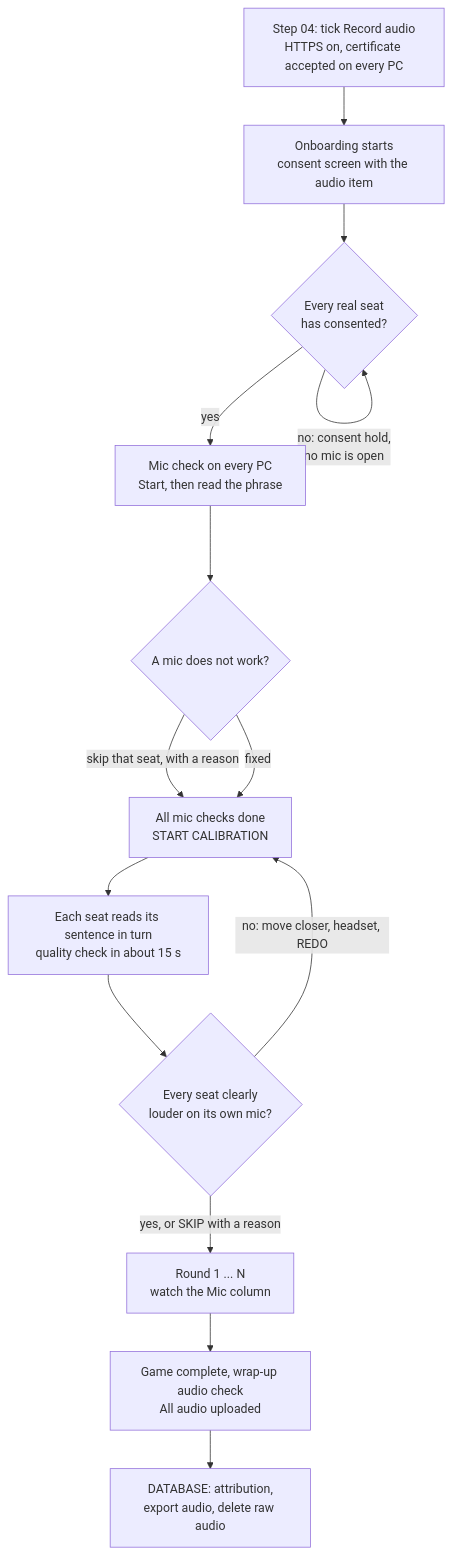
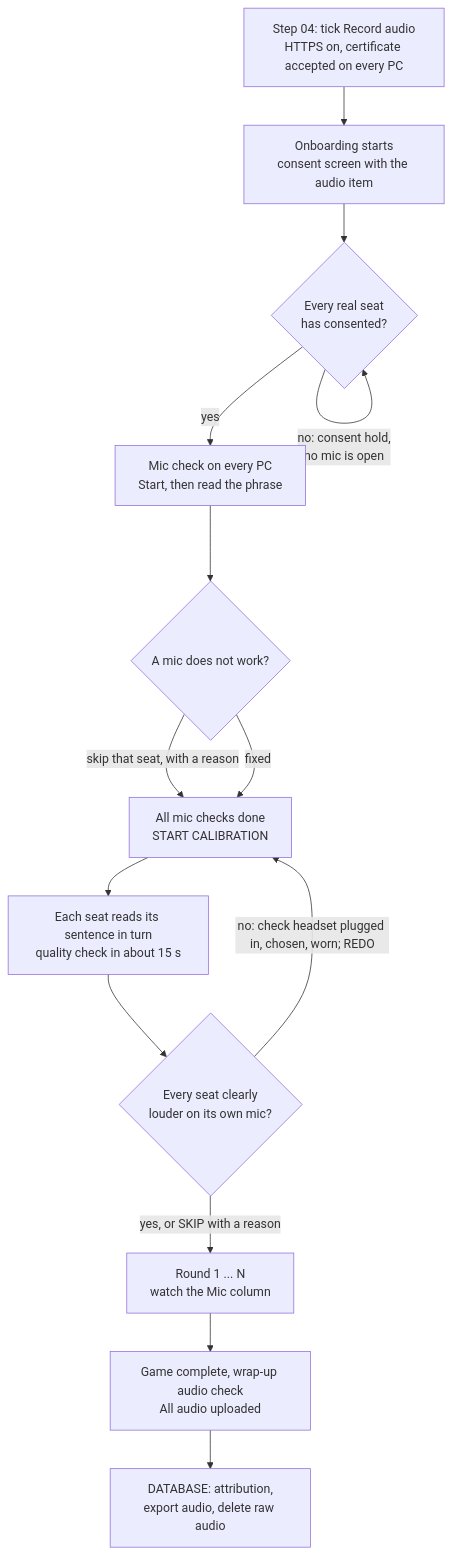
The third of 3 diagrams in docs/SESSION-RUNBOOK.md (xy-zak/WhoKnowsWhoActs), drawn with Mermaid before and after one commit. The commit also changed other lines of this file and 16 other files, not shown here.

````diff
--- a/docs/SESSION-RUNBOOK.md
+++ b/docs/SESSION-RUNBOOK.md
@@ -313,16 +314,16 @@
 ```mermaid
 flowchart TD
   A["Step 04: tick Record audio<br/>HTTPS on, certificate accepted on every PC"] --> B["Onboarding starts<br/>consent screen with the audio item"]
   B --> C{"Every real seat<br/>has consented?"}
   C -->|"no: consent hold,<br/>no mic is open"| C
   C -->|"yes"| D["Mic check on every PC<br/>Start, then read the phrase"]
   D --> E{"A mic does not work?"}
   E -->|"skip that seat, with a reason"| F
   E -->|"fixed"| F["All mic checks done<br/>START CALIBRATION"]
   F --> G["Each seat reads its sentence in turn<br/>quality check in about 15 s"]
   G --> H{"Every seat clearly<br/>louder on its own mic?"}
-  H -->|"no: move closer, headset, REDO"| F
+  H -->|"no: check headset plugged in, chosen, worn; REDO"| F
   H -->|"yes, or SKIP with a reason"| I["Round 1 ... N<br/>watch the Mic column"]
   I --> J["Game complete, wrap-up audio check<br/>All audio uploaded"]
   J --> K["DATABASE: attribution,<br/>export audio, delete raw audio"]
 ```
````
